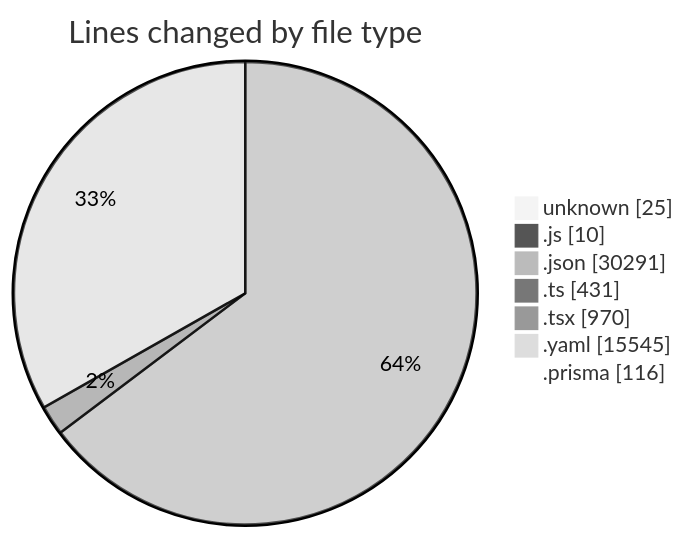
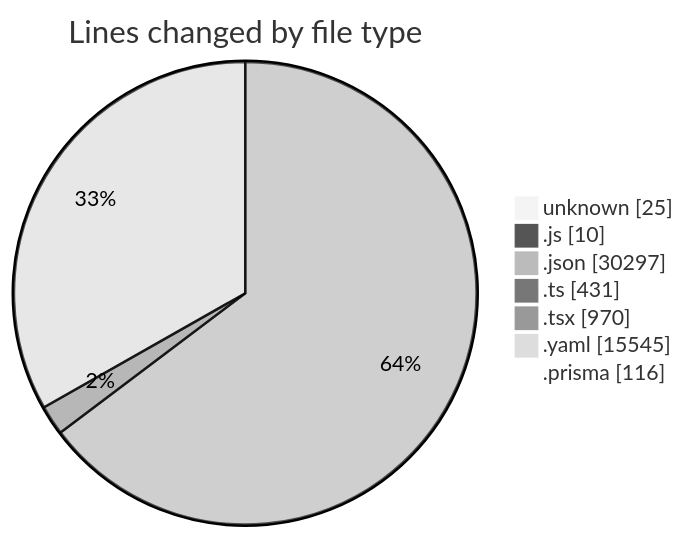
Before and after one commit to CELIANVF/code-tracking: the first of 2 diagrams in 2025-05-02/ecodeli/README.md, drawn with Mermaid (neutral theme). The commit also changed other lines of this file and 1 other file, not shown here.

````diff
--- a/2025-05-02/ecodeli/README.md
+++ b/2025-05-02/ecodeli/README.md
@@ -44,11 +44,11 @@
 ```mermaid
 pie showData
 title Lines changed by file type
 "unknown" : 25
 ".js" : 10
-".json" : 30291
+".json" : 30297
 ".ts" : 431
 ".tsx" : 970
 ".yaml" : 15545
 ".prisma" : 116
 ```
````
